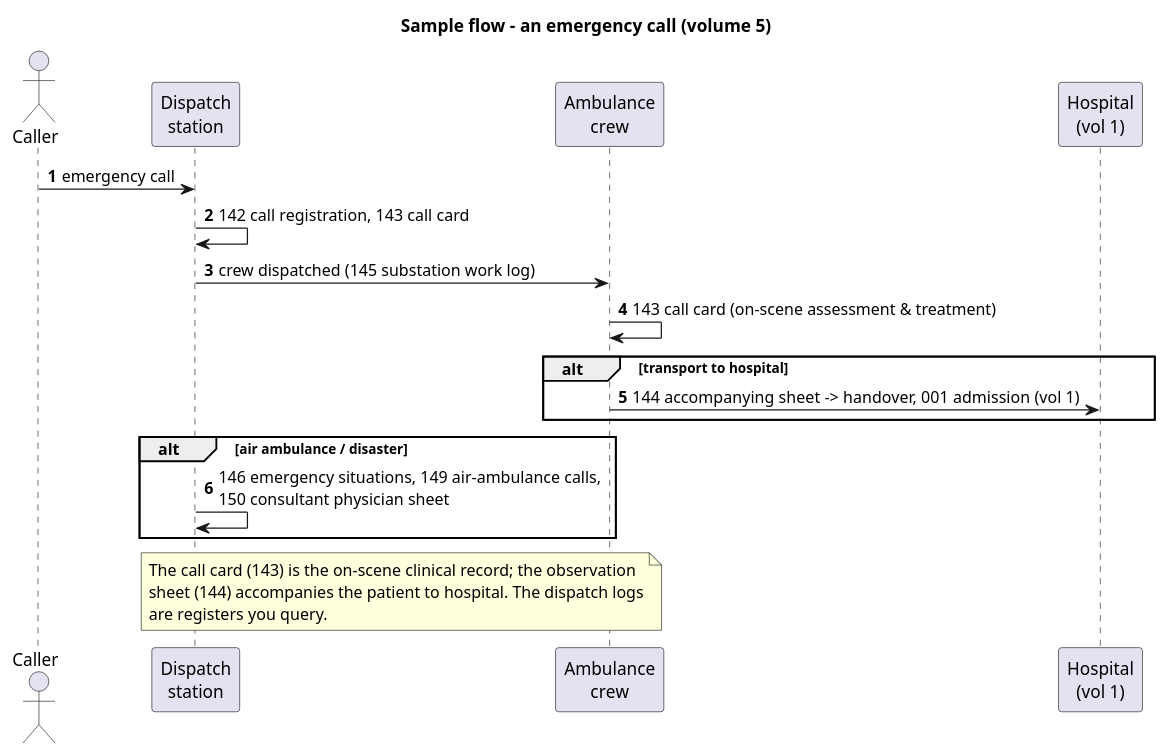
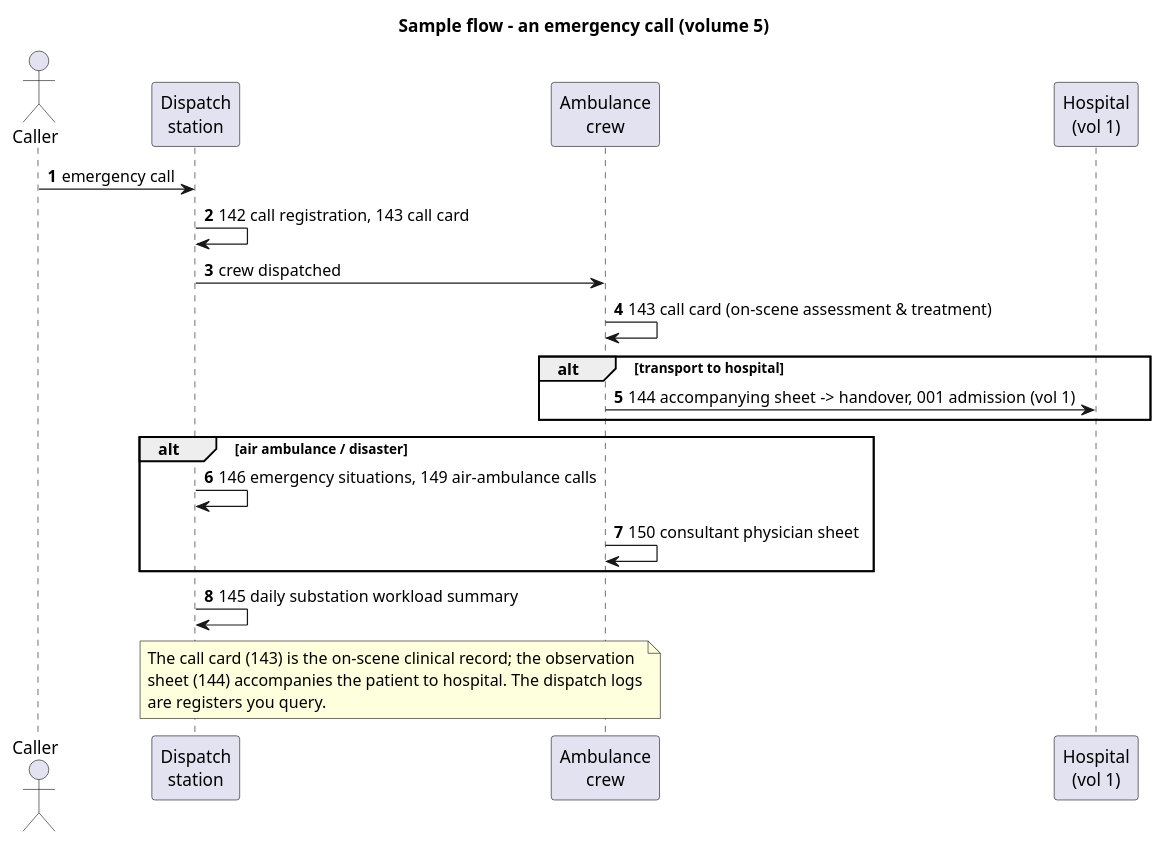
The diagram in input/images-source/forms-vol05-flow.plantuml (uzinfocom-org/digital-health-integration), drawn with PlantUML before and after one commit. The commit also changed 17 other files, not shown here.

First line of the commit message:
Fix diagram/table facts against Order 399 templates and YORIQNOMA

```diff
--- a/input/images-source/forms-vol05-flow.plantuml
+++ b/input/images-source/forms-vol05-flow.plantuml
@@ -1,26 +1,29 @@
 @startuml forms-vol05-flow
 title Sample flow - an emergency call (volume 5)
 autonumber
 
 actor Caller as C
 participant "Dispatch\nstation" as DISP
 participant "Ambulance\ncrew" as CREW
 participant "Hospital\n(vol 1)" as H
 
 C -> DISP : emergency call
 DISP -> DISP : 142 call registration, 143 call card
-DISP -> CREW : crew dispatched (145 substation work log)
+DISP -> CREW : crew dispatched
 CREW -> CREW : 143 call card (on-scene assessment & treatment)
 alt transport to hospital
   CREW -> H : 144 accompanying sheet -> handover, 001 admission (vol 1)
 end
 alt air ambulance / disaster
-  DISP -> DISP : 146 emergency situations, 149 air-ambulance calls,\n150 consultant physician sheet
+  DISP -> DISP : 146 emergency situations, 149 air-ambulance calls
+  CREW -> CREW : 150 consultant physician sheet
 end
+
+DISP -> DISP : 145 daily substation workload summary
 
 note over DISP, CREW
   The call card (143) is the on-scene clinical record; the observation
   sheet (144) accompanies the patient to hospital. The dispatch logs
   are registers you query.
 end note
 @enduml
```
